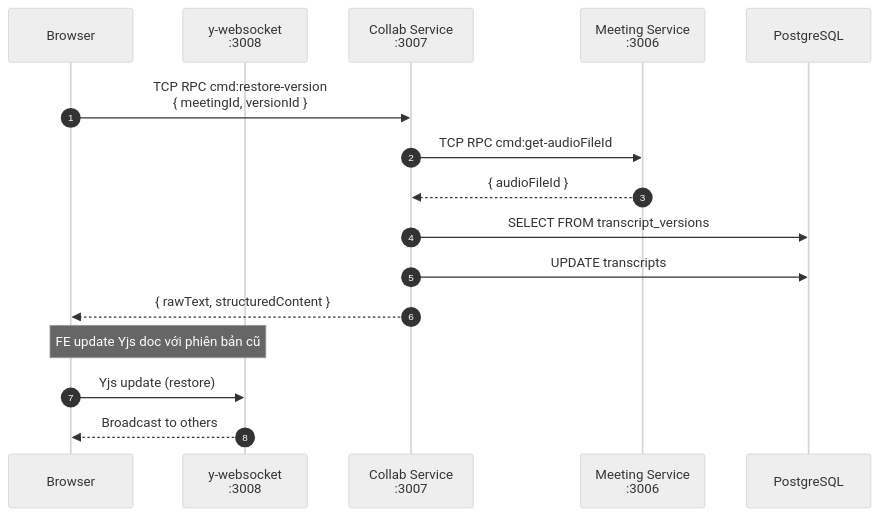
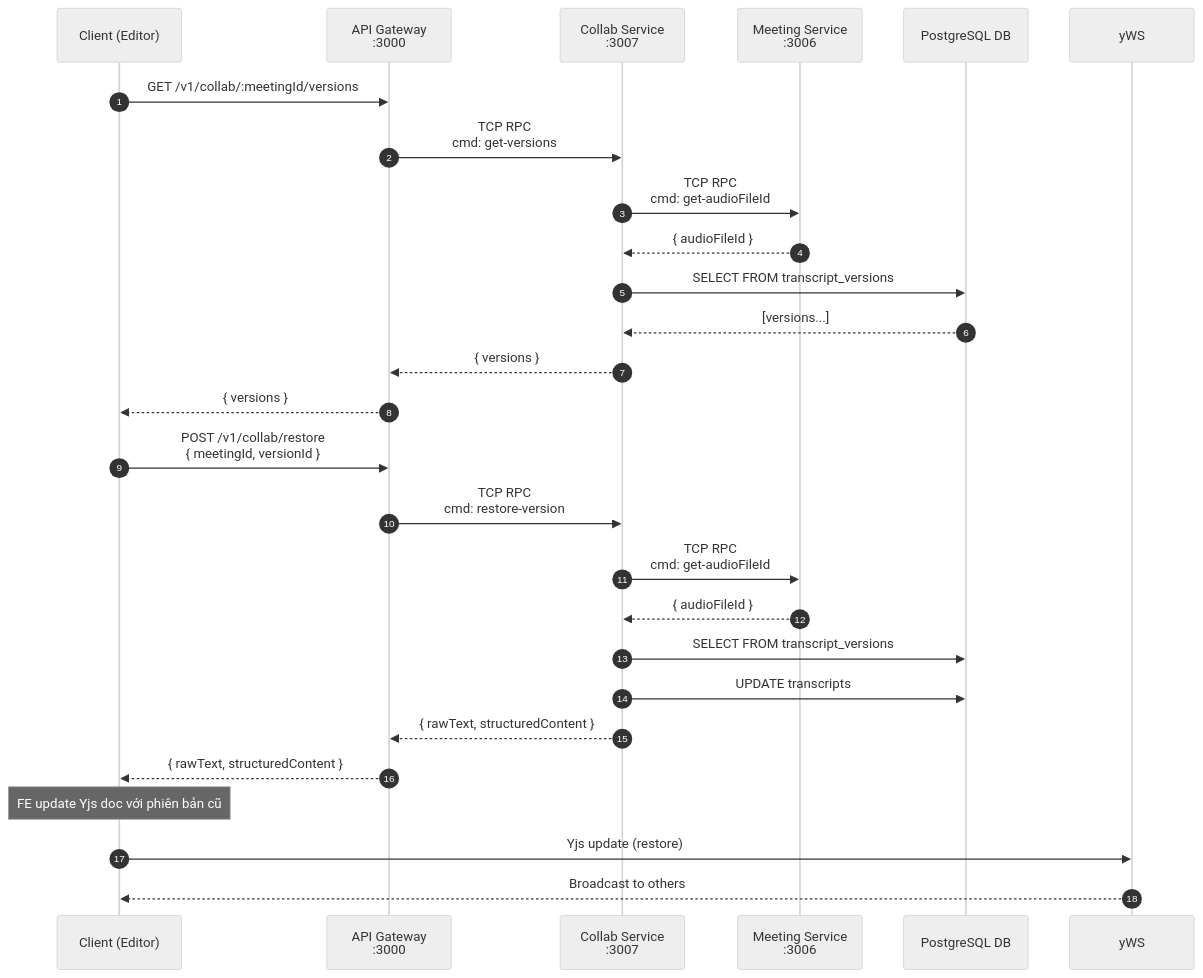
The fifth of 5 diagrams in documents/ms/collab_service/idea/architecture.md (Yamaaaaaaaa/VDT_miniproject_TranscriptHub), drawn with Mermaid (neutral theme) before and after one commit. The commit also changed other lines of this file and 31 other files, not shown here.

Commit message:
Collab Service - microservice code (service  với các api cơ bản, chưa có y-ws server)

````diff
--- a/documents/ms/collab_service/idea/architecture.md
+++ b/documents/ms/collab_service/idea/architecture.md
@@ -536,21 +231,31 @@
 ```mermaid
 sequenceDiagram
     autonumber
-    participant Browser as Browser
-    participant WSS as y-websocket<br/>:3008
-    participant CollabAPI as Collab Service<br/>:3007
+    participant Client as Client (Editor)
+    participant APIGateway as API Gateway<br/>:3000
+    participant Collab as Collab Service<br/>:3007
     participant Meeting as Meeting Service<br/>:3006
-    participant PG as PostgreSQL
+    participant PG as PostgreSQL DB
 
-    Browser->>CollabAPI: TCP RPC cmd:restore-version<br/>{ meetingId, versionId }
+    Client->>APIGateway: GET /v1/collab/:meetingId/versions
+    APIGateway->>Collab: TCP RPC<br/>cmd: get-versions
+    Collab->>Meeting: TCP RPC<br/>cmd: get-audioFileId
+    Meeting-->>Collab: { audioFileId }
+    Collab->>PG: SELECT FROM transcript_versions
+    PG-->>Collab: [versions...]
+    Collab-->>APIGateway: { versions }
+    APIGateway-->>Client: { versions }
 
-    CollabAPI->>Meeting: TCP RPC cmd:get-audioFileId
-    Meeting-->>CollabAPI: { audioFileId }
-    CollabAPI->>PG: SELECT FROM transcript_versions
-    CollabAPI->>PG: UPDATE transcripts
-    CollabAPI-->>Browser: { rawText, structuredContent }
+    Client->>APIGateway: POST /v1/collab/restore<br/>{ meetingId, versionId }
+    APIGateway->>Collab: TCP RPC<br/>cmd: restore-version
+    Collab->>Meeting: TCP RPC<br/>cmd: get-audioFileId
+    Meeting-->>Collab: { audioFileId }
+    Collab->>PG: SELECT FROM transcript_versions
+    Collab->>PG: UPDATE transcripts
+    Collab-->>APIGateway: { rawText, structuredContent }
+    APIGateway-->>Client: { rawText, structuredContent }
 
-    Note over Browser,WSS: FE update Yjs doc với phiên bản cũ
-    Browser->>WSS: Yjs update (restore)
-    WSS-->>Browser: Broadcast to others
+    Note over Client: FE update Yjs doc với phiên bản cũ
+    Client->>yWS: Yjs update (restore)
+    yWS-->>Client: Broadcast to others
 ```
````
